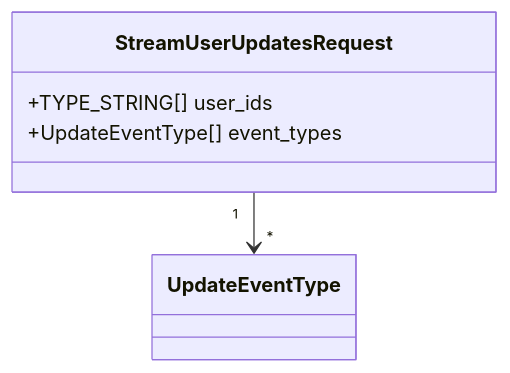
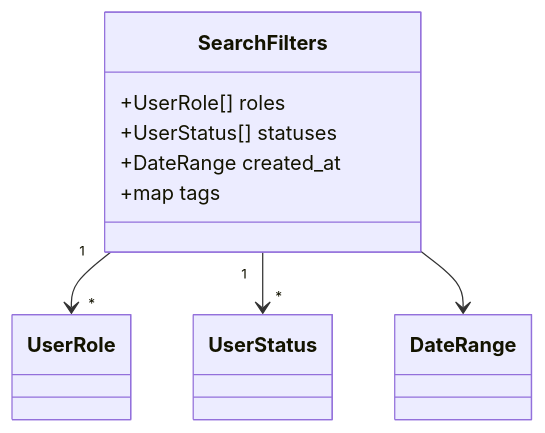
Before and after one commit to kyivinua/root: diagram 41 of 47 in test-monorepo/docs/consolidated/UserService.md, drawn with Mermaid. The commit also changed other lines of this file and 5 other files, not shown here.

````diff
--- a/test-monorepo/docs/consolidated/UserService.md
+++ b/test-monorepo/docs/consolidated/UserService.md
@@ -1065,8 +2033,12 @@
 ```mermaid
 classDiagram
-    class StreamUserUpdatesRequest {
-        +TYPE_STRING[] user_ids
-        +UpdateEventType[] event_types
+    class SearchFilters {
+        +UserRole[] roles
+        +UserStatus[] statuses
+        +DateRange created_at
+        +map<string, string> tags
     }
-    StreamUserUpdatesRequest "1" --> "*" UpdateEventType
+    SearchFilters "1" --> "*" UserRole
+    SearchFilters "1" --> "*" UserStatus
+    SearchFilters --> DateRange
 ```
````
